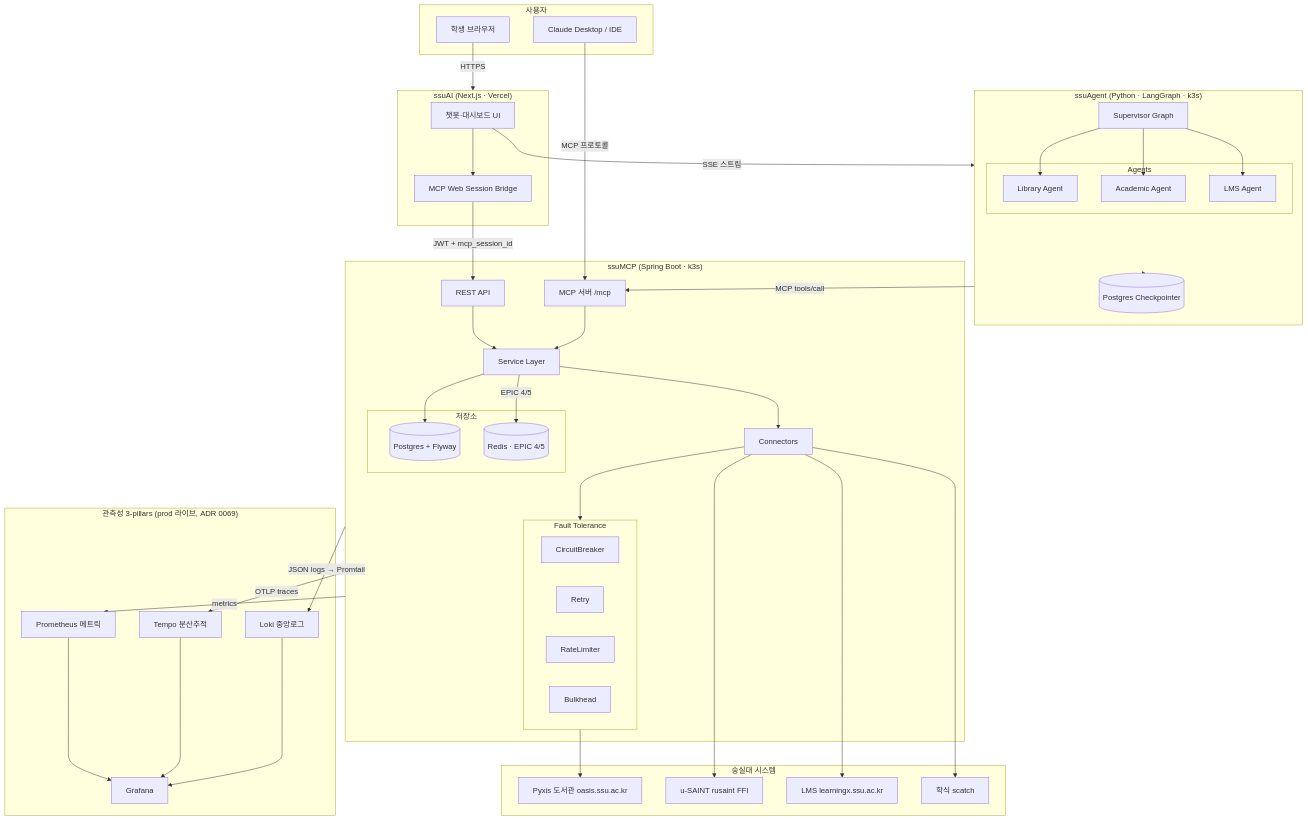
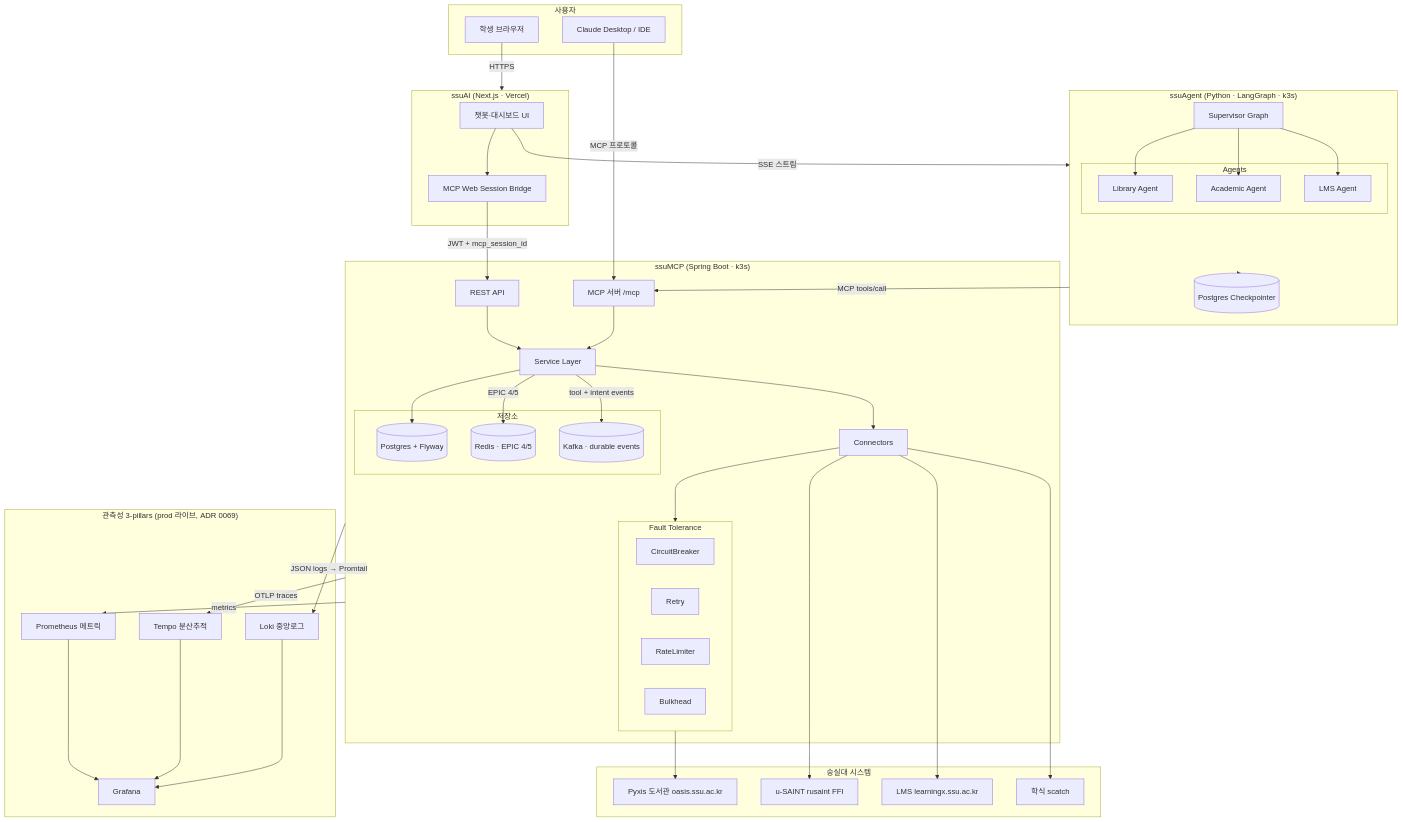
Before and after one commit to hoeongj/ssuMCP: the first of 3 diagrams in docs/architecture.md, drawn with Mermaid. The commit also changed other lines of this file and 4 other files, not shown here.

Commit message:
docs: add architecture diagram

````diff
--- a/docs/architecture.md
+++ b/docs/architecture.md
@@ -20,78 +28,80 @@
 ```mermaid
 flowchart TD
     subgraph User["사용자"]
         STU[학생 브라우저]
         CD[Claude Desktop / IDE]
     end
 
     subgraph ssuAI["ssuAI (Next.js · Vercel)"]
         UI[챗봇·대시보드 UI]
         BRIDGE[MCP Web Session Bridge]
     end
 
     subgraph ssuAgent["ssuAgent (Python · LangGraph · k3s)"]
         SUP[Supervisor Graph]
         subgraph Agents
             LIB_A[Library Agent]
             ACA_A[Academic Agent]
             LMS_A[LMS Agent]
         end
         CKPT[(Postgres Checkpointer)]
     end
 
     subgraph ssuMCP["ssuMCP (Spring Boot · k3s)"]
         REST[REST API]
         MCP_S[MCP 서버 /mcp]
         SVC[Service Layer]
         CONN[Connectors]
         subgraph Resilience["Fault Tolerance"]
             CB[CircuitBreaker]
             RETRY[Retry]
             RL[RateLimiter]
             BH[Bulkhead]
         end
         subgraph Storage["저장소"]
             PG[(Postgres + Flyway)]
             REDIS[(Redis · EPIC 4/5)]
+            KAFKA[(Kafka · durable events)]
         end
     end
 
     subgraph School["숭실대 시스템"]
         PYXIS[Pyxis 도서관 oasis.ssu.ac.kr]
         SAINT[u-SAINT rusaint FFI]
         LMS_SYS[LMS learningx.ssu.ac.kr]
         MEAL_S[학식 scatch]
     end
 
     subgraph Observability["관측성 3-pillars (prod 라이브, ADR 0069)"]
         PROM[Prometheus 메트릭]
         TEMPO[Tempo 분산추적]
         LOKI[Loki 중앙로그]
         GRAF[Grafana]
     end
 
     STU -->|HTTPS| ssuAI
     CD -->|MCP 프로토콜| MCP_S
     UI --> BRIDGE
     BRIDGE -->|JWT + mcp_session_id| REST
     UI -->|SSE 스트림| ssuAgent
     SUP --> LIB_A & ACA_A & LMS_A
     ssuAgent -->|MCP tools/call| MCP_S
     REST --> SVC
     MCP_S --> SVC
     SVC --> CONN
     SVC --> PG
     SVC -->|EPIC 4/5| REDIS
+    SVC -->|tool + intent events| KAFKA
     CONN --> Resilience
     Resilience --> PYXIS
     CONN --> SAINT
     CONN --> LMS_SYS
     CONN --> MEAL_S
     ssuMCP -->|metrics| PROM
     ssuMCP -->|OTLP traces| TEMPO
     ssuMCP -->|JSON logs → Promtail| LOKI
     PROM --> GRAF
     TEMPO --> GRAF
     LOKI --> GRAF
     ssuAgent --> CKPT
 ```
````
